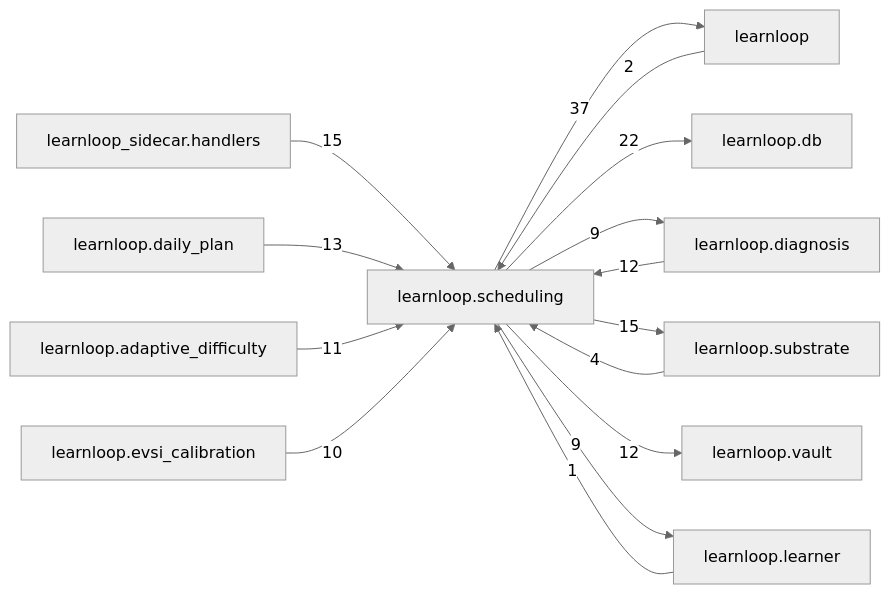
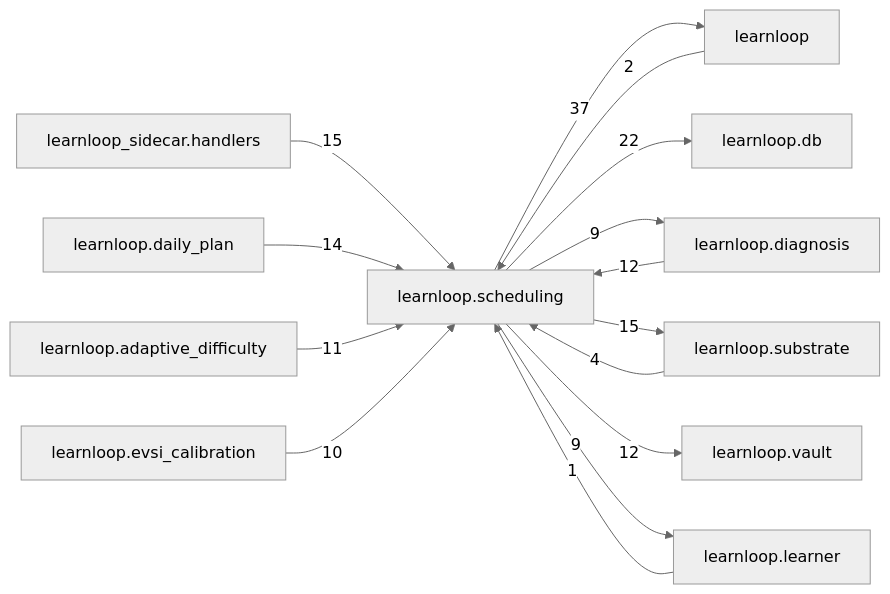
One commit to 6up-b/learnanything changed the diagram in docs/learnloop-architecture-vault/Reference/Modules/learnloop/scheduling/_package.md. Above: the diagram before and after it, drawn with Mermaid (neutral theme). The commit also changed other lines of this file and 23 other files, not shown here.

````diff
--- a/docs/learnloop-architecture-vault/Reference/Modules/learnloop/scheduling/_package.md
+++ b/docs/learnloop-architecture-vault/Reference/Modules/learnloop/scheduling/_package.md
@@ -171,28 +172,28 @@
 ```mermaid
 flowchart LR
     center["learnloop.scheduling"]
     n_learnloop["learnloop"]
     n_learnloop_db["learnloop.db"]
     n_learnloop_diagnosis["learnloop.diagnosis"]
     n_learnloop_substrate["learnloop.substrate"]
     n_learnloop_sidecar_handlers["learnloop_sidecar.handlers"]
     n_learnloop_daily_plan["learnloop.daily_plan"]
     n_learnloop_vault["learnloop.vault"]
     n_learnloop_adaptive_difficulty["learnloop.adaptive_difficulty"]
     n_learnloop_evsi_calibration["learnloop.evsi_calibration"]
     n_learnloop_learner["learnloop.learner"]
     n_learnloop -->|2| center
     center -->|37| n_learnloop
     center -->|22| n_learnloop_db
     n_learnloop_diagnosis -->|12| center
     center -->|9| n_learnloop_diagnosis
     n_learnloop_substrate -->|4| center
     center -->|15| n_learnloop_substrate
     n_learnloop_sidecar_handlers -->|15| center
-    n_learnloop_daily_plan -->|13| center
+    n_learnloop_daily_plan -->|14| center
     center -->|12| n_learnloop_vault
     n_learnloop_adaptive_difficulty -->|11| center
     n_learnloop_evsi_calibration -->|10| center
     n_learnloop_learner -->|1| center
     center -->|9| n_learnloop_learner
 ```
````
